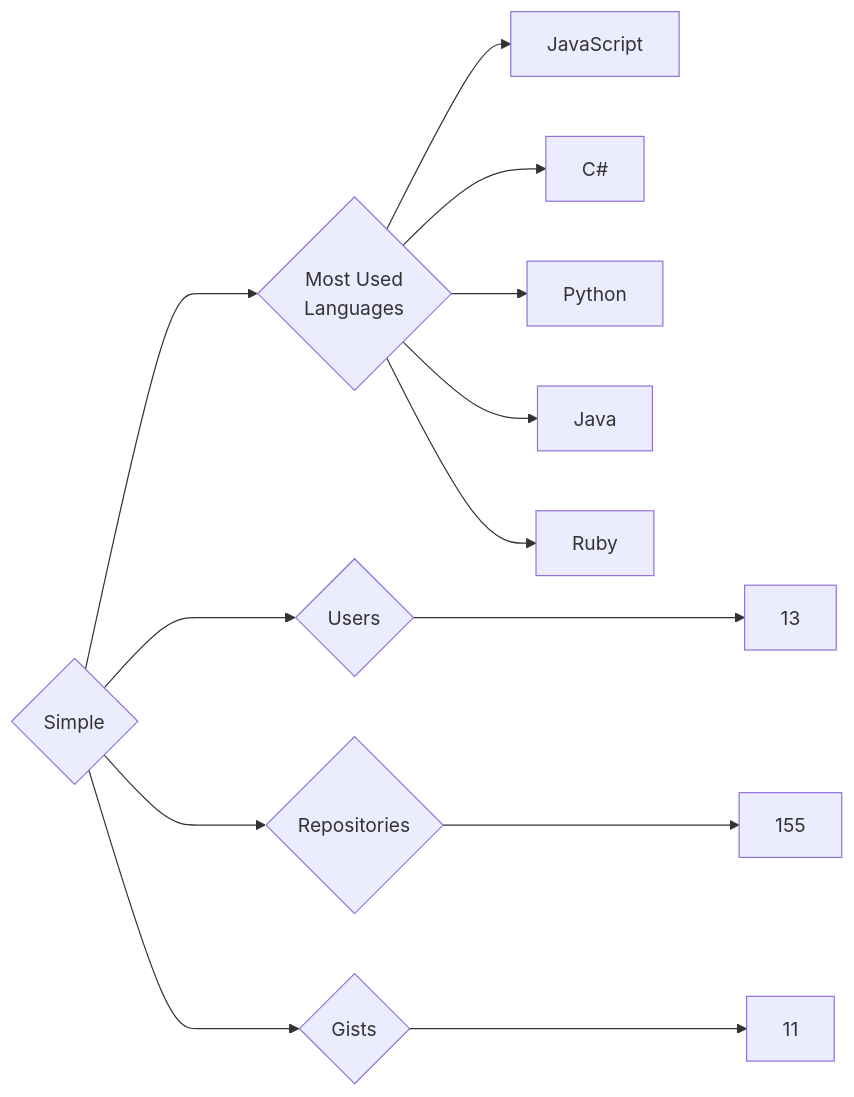
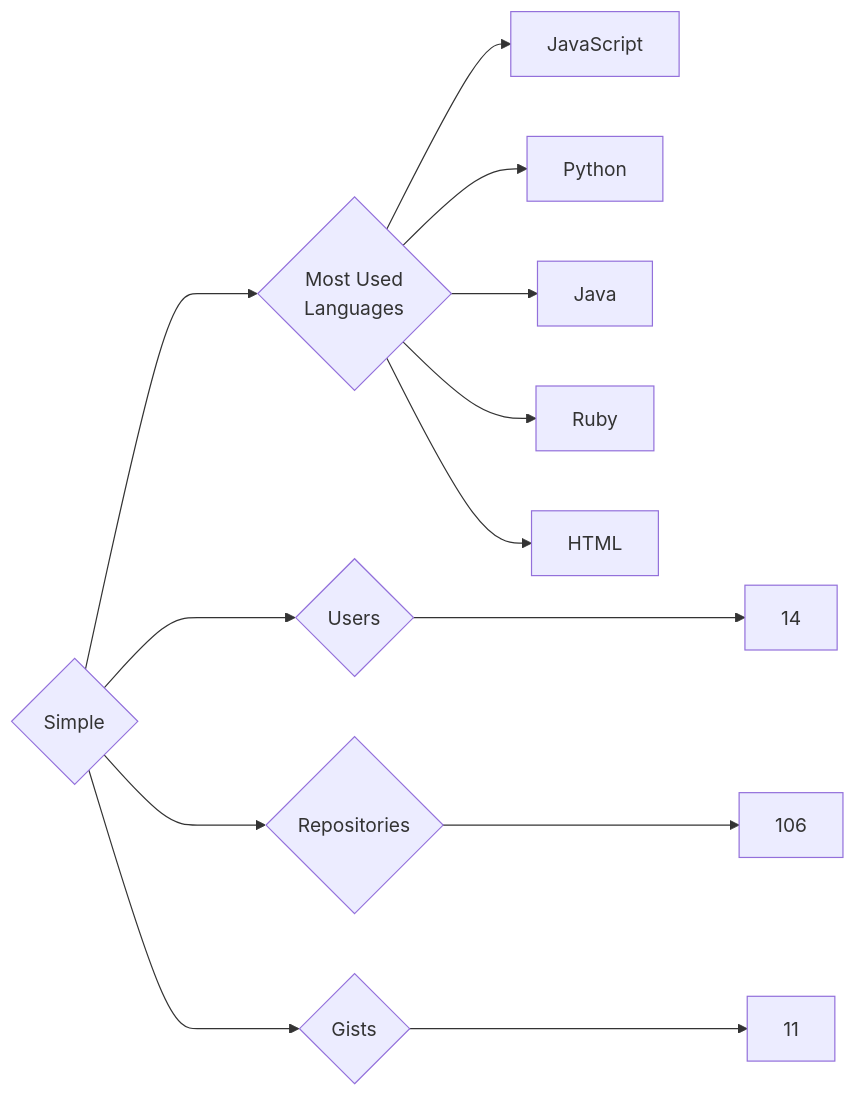
Before and after one commit to trickest/insiders: the diagram in targets/Simple/README.md, drawn with Mermaid. The commit also changed 681 other files, not shown here.

````diff
--- a/targets/Simple/README.md
+++ b/targets/Simple/README.md
@@ -3,13 +3,13 @@
 ```mermaid
 graph LR
 COMPANY_NAME{Simple}
-COMPANY_NAME ---> U{Users} ---> UN[13]
-COMPANY_NAME ---> R{Repositories} ---> RN[155]
+COMPANY_NAME ---> U{Users} ---> UN[14]
+COMPANY_NAME ---> R{Repositories} ---> RN[106]
 COMPANY_NAME ---> G{Gists} ---> GN[11]
 COMPANY_NAME ---> ML{Most Used<br>Languages}
 ML --> JavaScript[JavaScript]
-ML --> C#[C#]
 ML --> Python[Python]
 ML --> Java[Java]
 ML --> Ruby[Ruby]
+ML --> HTML[HTML]
 ```
````
